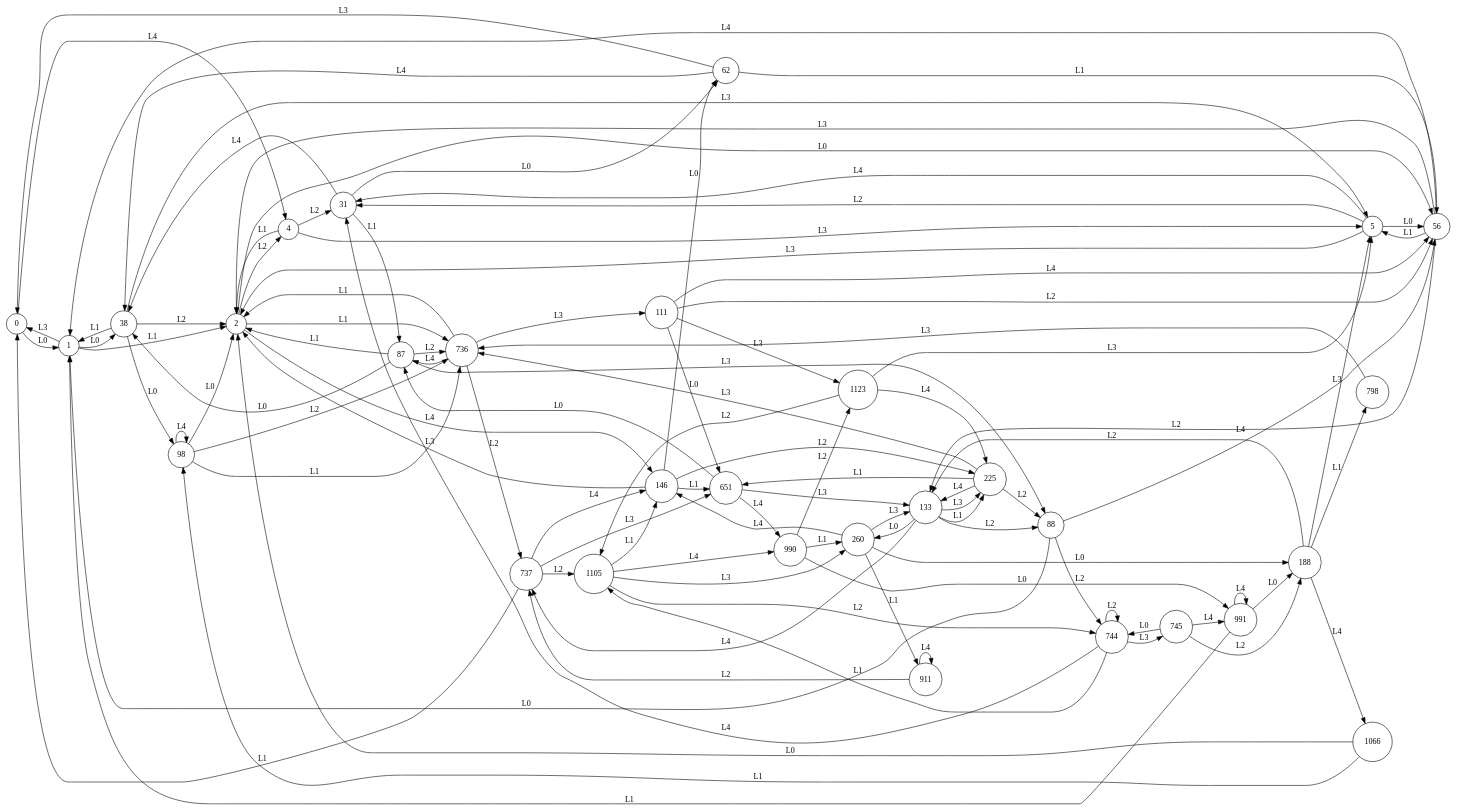
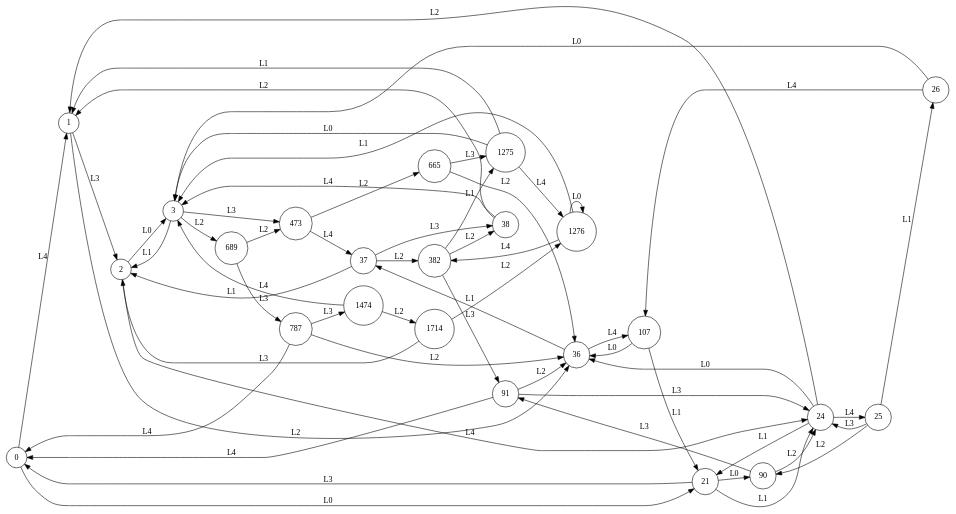
The diagram in learning_E0/learnt-automaton_10_2_5_1~5.dot (k85-ai/KB1), drawn with Graphviz before and after one commit. The commit also changed 808 other files, not shown here.

```diff
--- a/learning_E0/learnt-automaton_10_2_5_1~5.dot
+++ b/learning_E0/learnt-automaton_10_2_5_1~5.dot
@@ -1,135 +1,83 @@
 digraph learntMachine {
   rankdir=LR;
   0 [shape=circle, label="0"];
   1 [shape=circle, label="1"];
   2 [shape=circle, label="2"];
-  4 [shape=circle, label="4"];
-  5 [shape=circle, label="5"];
-  31 [shape=circle, label="31"];
+  3 [shape=circle, label="3"];
+  21 [shape=circle, label="21"];
+  24 [shape=circle, label="24"];
+  25 [shape=circle, label="25"];
+  26 [shape=circle, label="26"];
+  36 [shape=circle, label="36"];
+  37 [shape=circle, label="37"];
   38 [shape=circle, label="38"];
-  56 [shape=circle, label="56"];
-  62 [shape=circle, label="62"];
-  87 [shape=circle, label="87"];
-  88 [shape=circle, label="88"];
-  98 [shape=circle, label="98"];
-  111 [shape=circle, label="111"];
-  133 [shape=circle, label="133"];
-  146 [shape=circle, label="146"];
-  188 [shape=circle, label="188"];
-  225 [shape=circle, label="225"];
-  260 [shape=circle, label="260"];
-  651 [shape=circle, label="651"];
-  736 [shape=circle, label="736"];
-  737 [shape=circle, label="737"];
-  744 [shape=circle, label="744"];
-  745 [shape=circle, label="745"];
-  798 [shape=circle, label="798"];
-  911 [shape=circle, label="911"];
-  990 [shape=circle, label="990"];
-  991 [shape=circle, label="991"];
-  1066 [shape=circle, label="1066"];
-  1105 [shape=circle, label="1105"];
-  1123 [shape=circle, label="1123"];
-  0 -> 1 [label="L0"];
-  1 -> 2 [label="L1"];
-  2 -> 4 [label="L2"];
-  0 -> 4 [label="L4"];
-  4 -> 5 [label="L3"];
-  5 -> 31 [label="L4"];
-  1 -> 0 [label="L3"];
-  4 -> 31 [label="L2"];
-  31 -> 38 [label="L4"];
-  1 -> 38 [label="L0"];
-  38 -> 5 [label="L3"];
-  5 -> 56 [label="L0"];
-  56 -> 5 [label="L1"];
-  62 -> 56 [label="L1"];
-  31 -> 87 [label="L1"];
-  87 -> 88 [label="L3"];
-  88 -> 56 [label="L4"];
-  98 -> 736 [label="L1"];
-  111 -> 56 [label="L4"];
-  56 -> 133 [label="L2"];
-  38 -> 2 [label="L2"];
-  2 -> 146 [label="L4"];
-  146 -> 2 [label="L3"];
-  133 -> 88 [label="L2"];
-  87 -> 736 [label="L2"];
-  146 -> 225 [label="L2"];
-  225 -> 88 [label="L2"];
-  62 -> 38 [label="L4"];
-  56 -> 2 [label="L3"];
-  98 -> 98 [label="L4"];
-  146 -> 651 [label="L1"];
-  225 -> 736 [label="L3"];
-  736 -> 737 [label="L2"];
-  737 -> 651 [label="L3"];
-  88 -> 744 [label="L2"];
-  744 -> 745 [label="L3"];
-  745 -> 744 [label="L0"];
-  87 -> 2 [label="L1"];
-  651 -> 87 [label="L0"];
-  911 -> 737 [label="L2"];
-  990 -> 991 [label="L0"];
-  991 -> 1 [label="L1"];
-  745 -> 991 [label="L4"];
-  1066 -> 98 [label="L1"];
-  133 -> 225 [label="L3"];
-  1105 -> 744 [label="L2"];
-  1123 -> 1105 [label="L2"];
-  1123 -> 225 [label="L4"];
-  651 -> 990 [label="L4"];
-  31 -> 62 [label="L0"];
-  87 -> 38 [label="L0"];
-  88 -> 1 [label="L0"];
-  5 -> 31 [label="L2"];
-  5 -> 2 [label="L3"];
-  62 -> 0 [label="L3"];
-  38 -> 1 [label="L1"];
-  38 -> 98 [label="L0"];
-  2 -> 736 [label="L1"];
-  651 -> 133 [label="L3"];
-  744 -> 744 [label="L2"];
-  990 -> 260 [label="L1"];
-  111 -> 56 [label="L2"];
-  2 -> 56 [label="L0"];
-  98 -> 2 [label="L0"];
-  111 -> 651 [label="L0"];
-  737 -> 1105 [label="L2"];
-  146 -> 62 [label="L0"];
-  260 -> 133 [label="L3"];
-  736 -> 2 [label="L1"];
-  736 -> 111 [label="L3"];
-  1105 -> 990 [label="L4"];
-  111 -> 1123 [label="L3"];
-  737 -> 146 [label="L4"];
-  1105 -> 260 [label="L3"];
-  133 -> 225 [label="L1"];
-  991 -> 991 [label="L4"];
-  188 -> 133 [label="L2"];
-  736 -> 87 [label="L4"];
-  56 -> 1 [label="L4"];
-  225 -> 133 [label="L4"];
-  4 -> 2 [label="L1"];
-  98 -> 736 [label="L2"];
-  225 -> 651 [label="L1"];
-  1105 -> 146 [label="L1"];
-  991 -> 188 [label="L0"];
-  133 -> 737 [label="L4"];
-  133 -> 260 [label="L0"];
-  260 -> 188 [label="L0"];
-  737 -> 0 [label="L1"];
-  744 -> 1105 [label="L1"];
-  745 -> 188 [label="L2"];
-  744 -> 31 [label="L4"];
-  990 -> 1123 [label="L2"];
-  1123 -> 5 [label="L3"];
-  260 -> 146 [label="L4"];
-  188 -> 798 [label="L1"];
-  260 -> 911 [label="L1"];
-  188 -> 5 [label="L3"];
-  911 -> 911 [label="L4"];
-  1066 -> 2 [label="L0"];
-  188 -> 1066 [label="L4"];
-  798 -> 736 [label="L3"];
+  90 [shape=circle, label="90"];
+  91 [shape=circle, label="91"];
+  107 [shape=circle, label="107"];
+  382 [shape=circle, label="382"];
+  473 [shape=circle, label="473"];
+  665 [shape=circle, label="665"];
+  689 [shape=circle, label="689"];
+  787 [shape=circle, label="787"];
+  1275 [shape=circle, label="1275"];
+  1276 [shape=circle, label="1276"];
+  1474 [shape=circle, label="1474"];
+  1714 [shape=circle, label="1714"];
+  0 -> 1 [label="L4"];
+  1 -> 2 [label="L3"];
+  2 -> 3 [label="L0"];
+  3 -> 2 [label="L1"];
+  0 -> 21 [label="L0"];
+  21 -> 0 [label="L3"];
+  21 -> 24 [label="L1"];
+  24 -> 25 [label="L4"];
+  25 -> 26 [label="L1"];
+  26 -> 107 [label="L4"];
+  1 -> 36 [label="L2"];
+  36 -> 37 [label="L1"];
+  37 -> 38 [label="L3"];
+  38 -> 3 [label="L4"];
+  2 -> 24 [label="L4"];
+  21 -> 90 [label="L0"];
+  90 -> 91 [label="L3"];
+  91 -> 0 [label="L4"];
+  36 -> 107 [label="L4"];
+  107 -> 36 [label="L0"];
+  24 -> 1 [label="L2"];
+  107 -> 21 [label="L1"];
+  26 -> 3 [label="L0"];
+  90 -> 24 [label="L2"];
+  91 -> 24 [label="L3"];
+  25 -> 24 [label="L3"];
+  37 -> 2 [label="L1"];
+  37 -> 382 [label="L2"];
+  382 -> 91 [label="L3"];
+  25 -> 90 [label="L2"];
+  3 -> 473 [label="L3"];
+  473 -> 37 [label="L4"];
+  382 -> 38 [label="L2"];
+  473 -> 665 [label="L2"];
+  665 -> 36 [label="L2"];
+  3 -> 689 [label="L2"];
+  689 -> 473 [label="L2"];
+  689 -> 787 [label="L3"];
+  787 -> 0 [label="L4"];
+  91 -> 36 [label="L2"];
+  665 -> 1275 [label="L3"];
+  1275 -> 1276 [label="L4"];
+  787 -> 1474 [label="L3"];
+  1474 -> 3 [label="L4"];
+  38 -> 1 [label="L2"];
+  1714 -> 2 [label="L3"];
+  1276 -> 3 [label="L1"];
+  1474 -> 1714 [label="L2"];
+  24 -> 21 [label="L1"];
+  24 -> 36 [label="L0"];
+  787 -> 36 [label="L2"];
+  1276 -> 1276 [label="L0"];
+  1275 -> 3 [label="L0"];
+  1714 -> 1276 [label="L2"];
+  1276 -> 382 [label="L4"];
+  382 -> 1275 [label="L1"];
+  1275 -> 1 [label="L1"];
 }
```
